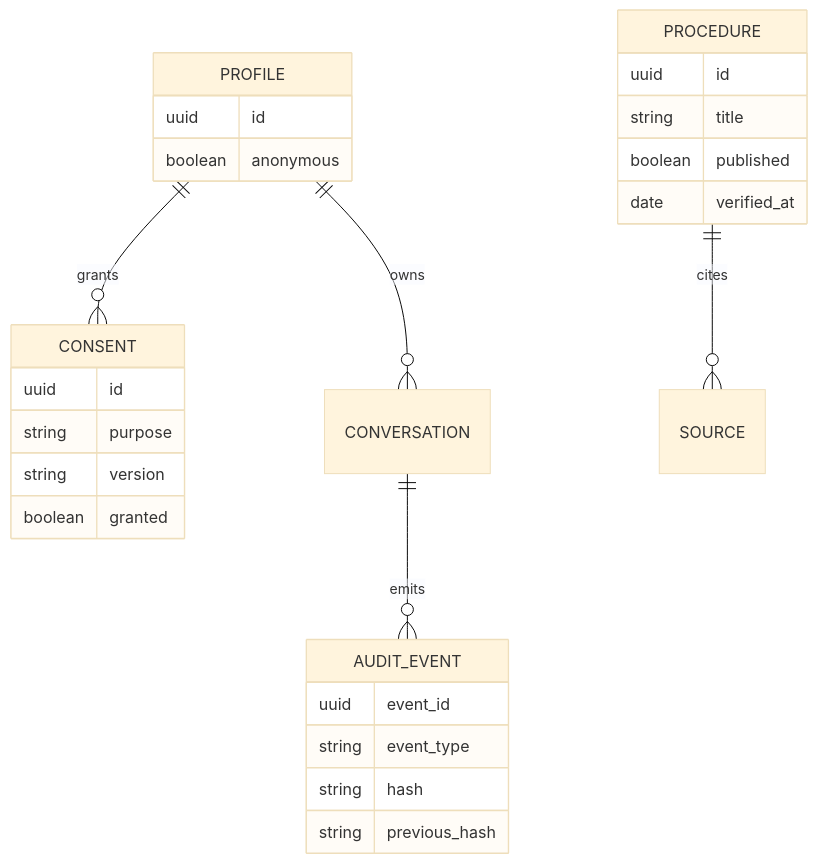
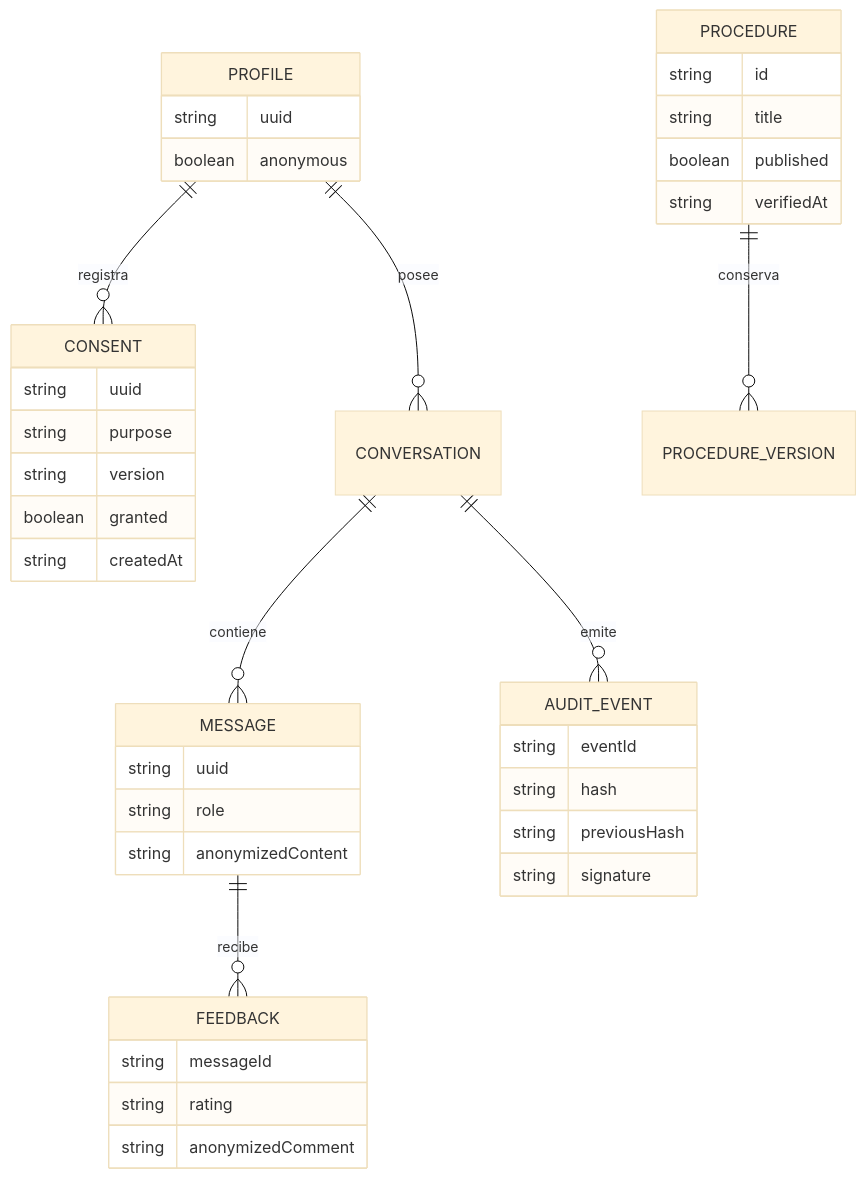
Before and after one commit to danielb1004/ciudadano-ai: the diagram in docs/architecture/er.md, drawn with Mermaid (base theme). The commit also changed other lines of this file and 151 other files, not shown here.

````diff
--- a/docs/architecture/er.md
+++ b/docs/architecture/er.md
@@ -1,11 +3,15 @@
 ```mermaid
 erDiagram
- PROFILE ||--o{ CONSENT : grants
- PROFILE ||--o{ CONVERSATION : owns
- CONVERSATION ||--o{ AUDIT_EVENT : emits
- PROCEDURE ||--o{ SOURCE : cites
- PROFILE { uuid id boolean anonymous }
- CONSENT { uuid id string purpose string version boolean granted }
- PROCEDURE { uuid id string title boolean published date verified_at }
- AUDIT_EVENT { uuid event_id string event_type string hash string previous_hash }
+  PROFILE ||--o{ CONSENT : registra
+  PROFILE ||--o{ CONVERSATION : posee
+  CONVERSATION ||--o{ MESSAGE : contiene
+  MESSAGE ||--o{ FEEDBACK : recibe
+  PROCEDURE ||--o{ PROCEDURE_VERSION : conserva
+  CONVERSATION ||--o{ AUDIT_EVENT : emite
+  PROFILE { string uuid boolean anonymous }
+  CONSENT { string uuid string purpose string version boolean granted string createdAt }
+  MESSAGE { string uuid string role string anonymizedContent }
+  FEEDBACK { string messageId string rating string anonymizedComment }
+  PROCEDURE { string id string title boolean published string verifiedAt }
+  AUDIT_EVENT { string eventId string hash string previousHash string signature }
 ```
````
